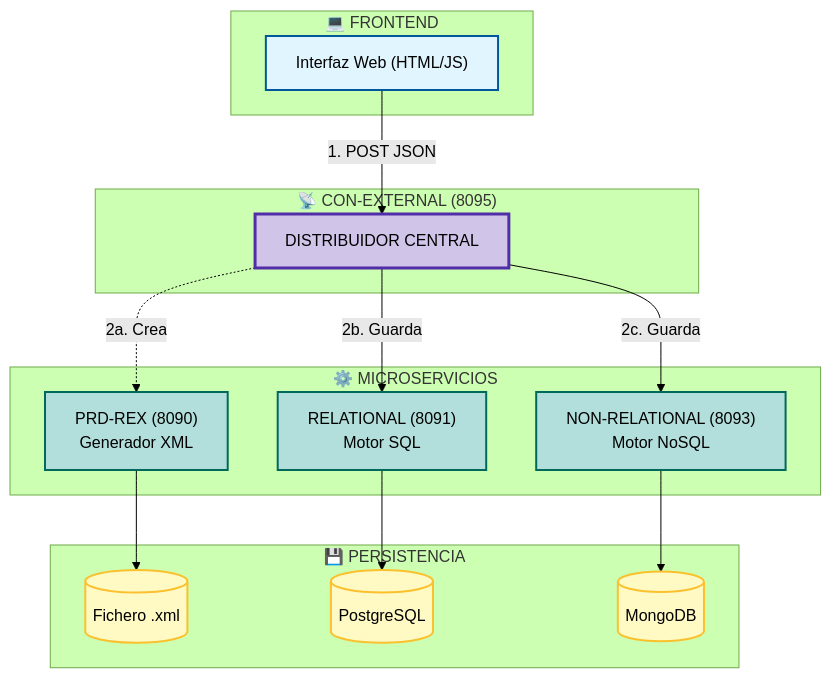
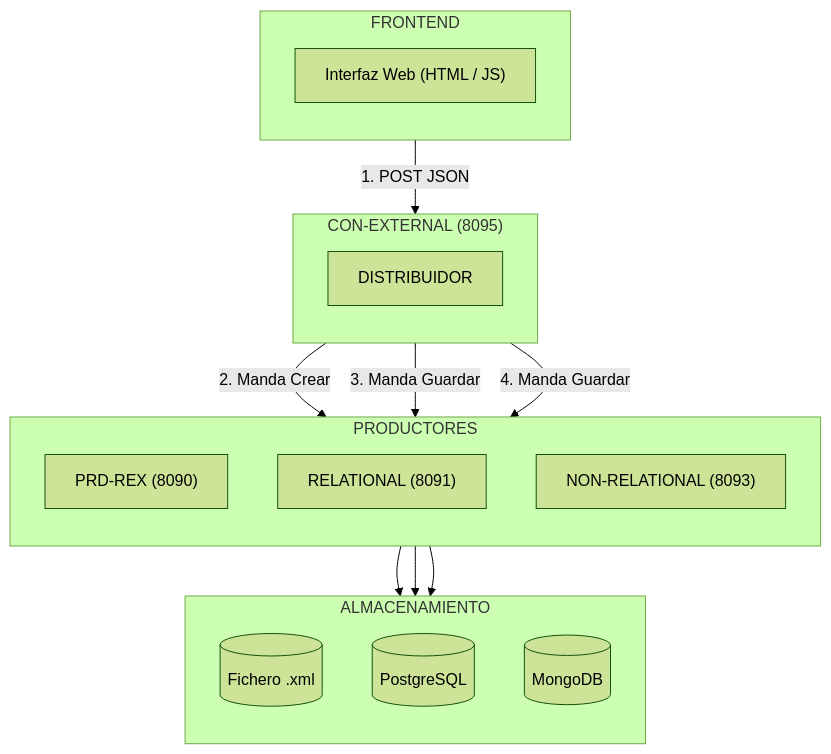
One commit to saulmnz/PROYECTO_AD changed the first of 2 diagrams in README.md. Above: the diagram before and after it, drawn with Mermaid (forest theme). The commit also changed other lines of this file, not shown here.

````diff
--- a/README.md
+++ b/README.md
@@ -92,46 +22,45 @@
 ```mermaid
 graph TD
-    %% --- DEFINICIÓN DE ESTILOS (Paleta Suave) ---
-    classDef frontend fill:#e1f5fe,stroke:#01579b,stroke-width:2px,color:#000;
-    classDef orchestrator fill:#d1c4e9,stroke:#512da8,stroke-width:3px,color:#000;
-    classDef workers fill:#b2dfdb,stroke:#00695c,stroke-width:2px,color:#000;
-    classDef storage fill:#fff9c4,stroke:#fbc02d,stroke-width:2px,color:#000;
-
     %% --- BLOQUE 1: CLIENTE ---
-    subgraph CLIENTE [" 💻 FRONTEND "]
-        UI["Interfaz Web (HTML/JS)"]:::frontend
+    subgraph CLIENTE ["FRONTEND"]
+        direction TB
+        UI["Interfaz Web (HTML / JS)"]
     end
 
-    %% --- BLOQUE 2: EL JEFE ---
-    subgraph ORQUESTADOR [" 📡 CON-EXTERNAL (8095) "]
-        GW["DISTRIBUIDOR CENTRAL"]:::orchestrator
+    %% --- BLOQUE 2: EL ORQUESTADOR ---
+    subgraph ORQUESTADOR ["CON-EXTERNAL (8095)"]
+        direction TB
+        GW["DISTRIBUIDOR"]
     end
 
-    %% --- BLOQUE 3: LOS TRABAJADORES ---
-    subgraph WORKERS [" ⚙️ MICROSERVICIOS "]
-        Rex["PRD-REX (8090)<br/>Generador XML"]:::workers
-        SqlServ["RELATIONAL (8091)<br/>Motor SQL"]:::workers
-        MongoServ["NON-RELATIONAL (8093)<br/>Motor NoSQL"]:::workers
+    %% --- BLOQUE 3: MICROSERVICIOS ---
+    subgraph MICROSERVICIOS ["PRODUCTORES"]
+        direction TB
+        Rex["PRD-REX (8090)"]
+        SqlServ["RELATIONAL (8091)"]
+        MongoServ["NON-RELATIONAL (8093)"]
     end
 
     %% --- BLOQUE 4: ALMACENAMIENTO ---
-    subgraph DATA [" 💾 PERSISTENCIA "]
-        XML[("Fichero .xml")]:::storage
-        DB_PG[("PostgreSQL")]:::storage
-        DB_MG[("MongoDB")]:::storage
+    subgraph PERSISTENCIA ["ALMACENAMIENTO"]
+        direction TB
+        XML[("Fichero .xml")]
+        DB_PG[("PostgreSQL")]
+        DB_MG[("MongoDB")]
     end
 
     %% --- CONEXIONES ---
+    %% Del Cliente al Jefe
     UI -->|1. POST JSON| GW
     
-    %% EL JEFE MANDA A LOS 3 A LA VEZ
-    GW -.->|2a. Crea| Rex
-    GW -->|2b. Guarda| SqlServ
-    GW -->|2c. Guarda| MongoServ
+    %% El Jefe reparte el trabajo
+    GW -->|2. Manda Crear| Rex
+    GW -->|3. Manda Guardar| SqlServ
+    GW -->|4. Manda Guardar| MongoServ
 
-    %% PERSISTENCIA FINAL
+    %% Guardado físico
     Rex --> XML
     SqlServ --> DB_PG
     MongoServ --> DB_MG
 
 ```
````
